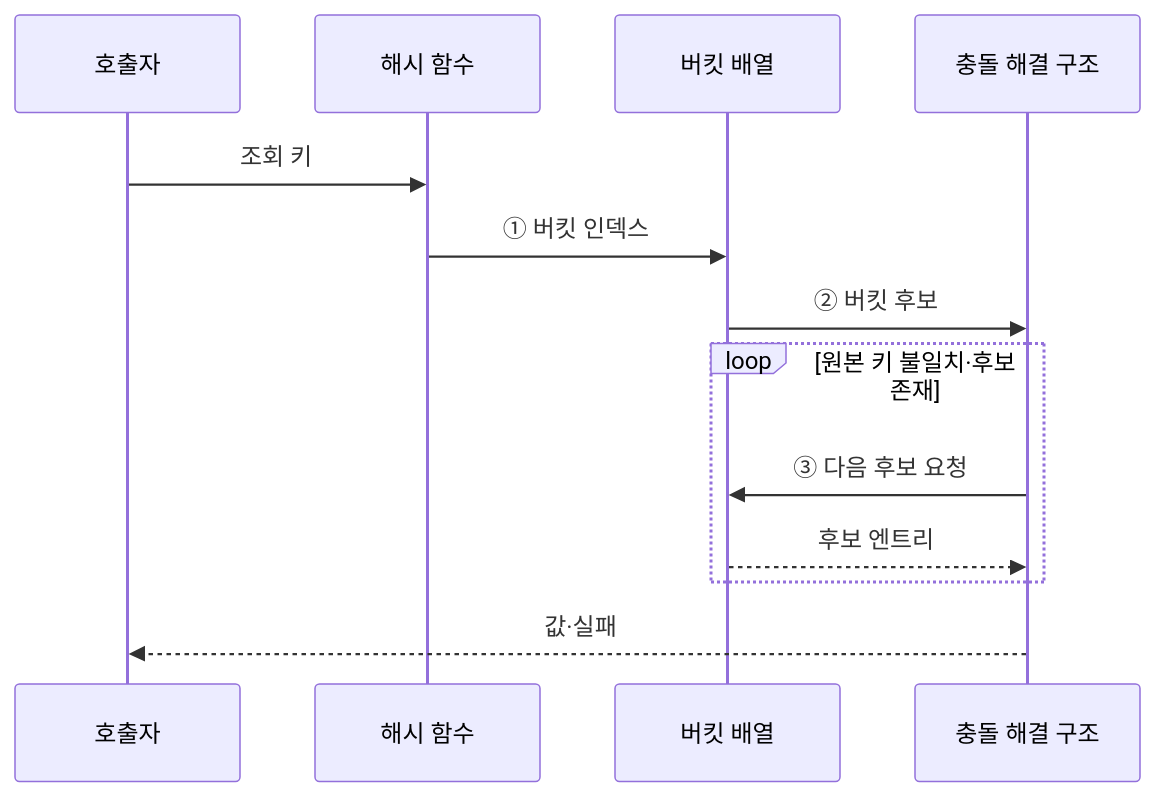
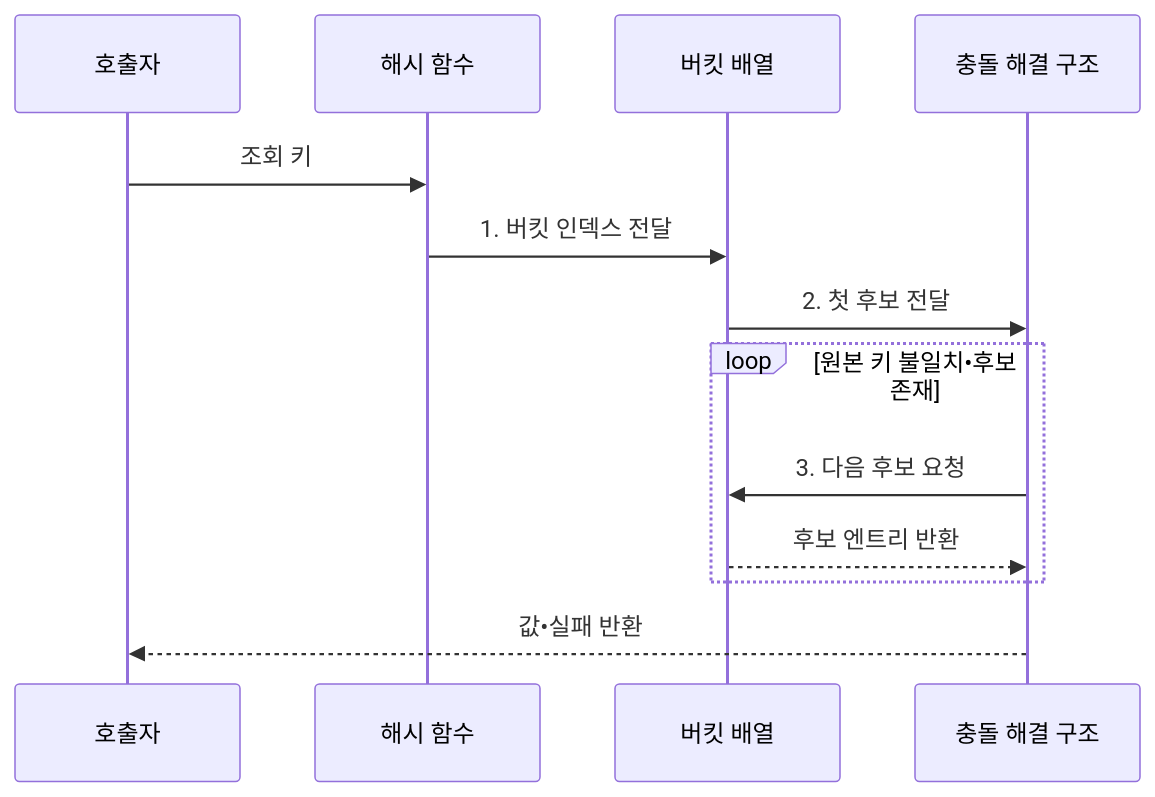
The third of 4 diagrams in src/content/docs/notes/01-basic-theory/005_hash_table.md (agnusdei1207/knowledge-base), drawn with Mermaid before and after one commit. The commit also changed other lines of this file and 20 other files, not shown here.

````diff
--- a/src/content/docs/notes/01-basic-theory/005_hash_table.md
+++ b/src/content/docs/notes/01-basic-theory/005_hash_table.md
@@ -92,15 +94,15 @@
 ```mermaid
 sequenceDiagram
     participant Q as 호출자
     participant H as 해시 함수
     participant B as 버킷 배열
     participant C as 충돌 해결 구조
     Q->>H: 조회 키
-    H->>B: ① 버킷 인덱스
-    B->>C: ② 버킷 후보
-    loop 원본 키 불일치·후보 존재
-        C->>B: ③ 다음 후보 요청
-        B-->>C: 후보 엔트리
+    H->>B: 1. 버킷 인덱스 전달
+    B->>C: 2. 첫 후보 전달
+    loop 원본 키 불일치•후보 존재
+        C->>B: 3. 다음 후보 요청
+        B-->>C: 후보 엔트리 반환
     end
-    C-->>Q: 값·실패
+    C-->>Q: 값•실패 반환
 ```
````
